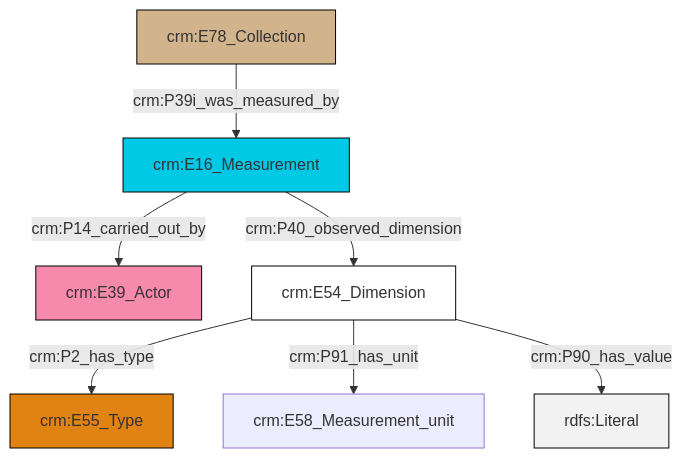
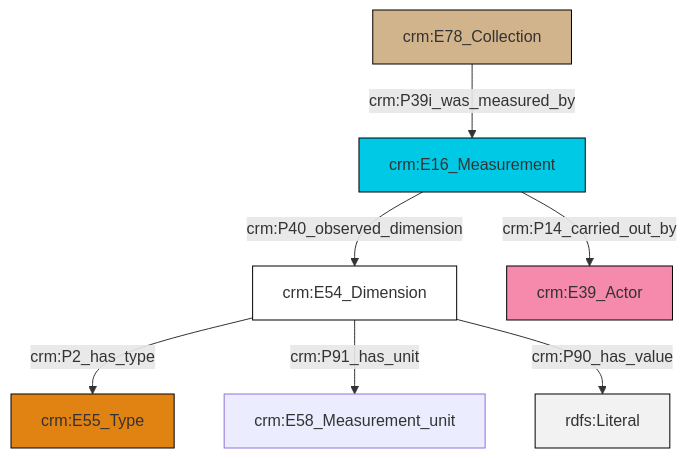
The diagram in et/archivalCSV/ttl/mmd/archival_substance.ttl.mmd (swiss-art-research-net/docs.swissartresearch), drawn with Mermaid before and after one commit. The commit also changed 204 other files, not shown here.

```diff
--- a/et/archivalCSV/ttl/mmd/archival_substance.ttl.mmd
+++ b/et/archivalCSV/ttl/mmd/archival_substance.ttl.mmd
@@ -1,21 +1,21 @@
 graph TD
 classDef Literal fill:#f2f2f2,stroke:#000000;
 classDef CRM_Entity fill:#FFFFFF,stroke:#000000;
 classDef Temporal_Entity fill:#00C9E6, stroke:#000000;
 classDef Type fill:#E18312, stroke:#000000;
 classDef Time-Span fill:#2C9C91, stroke:#000000;
 classDef Appellation fill:#FFEB7F, stroke:#000000;
 classDef Place fill:#008836, stroke:#000000;
 classDef Persistent_Item fill:#B266B2, stroke:#000000;
 classDef Conceptual_Object fill:#FFD700, stroke:#000000;
 classDef Physical_Thing fill:#D2B48C, stroke:#000000;
 classDef Actor fill:#f58aad, stroke:#000000;
 classDef PC_Classes fill:#4ce600, stroke:#000000;
 classDef Multi fill:#cccccc,stroke:#000000;
 
-0["crm:E16_Measurement"]:::Temporal_Entity -->|crm:P14_carried_out_by| 1["crm:E39_Actor"]:::Actor
-7["crm:E54_Dimension"]:::CRM_Entity -->|crm:P2_has_type| 5["crm:E55_Type"]:::Type
-7["crm:E54_Dimension"]:::CRM_Entity -->|crm:P91_has_unit| 8["crm:E58_Measurement_unit"]:::Default
-0["crm:E16_Measurement"]:::Temporal_Entity -->|crm:P40_observed_dimension| 7["crm:E54_Dimension"]:::CRM_Entity
-3["crm:E78_Collection"]:::Physical_Thing -->|crm:P39i_was_measured_by| 0["crm:E16_Measurement"]:::Temporal_Entity
-7["crm:E54_Dimension"]:::CRM_Entity -->|crm:P90_has_value| 11[rdfs:Literal]:::Literal
+0["crm:E54_Dimension"]:::CRM_Entity -->|crm:P2_has_type| 1["crm:E55_Type"]:::Type
+2["crm:E16_Measurement"]:::Temporal_Entity -->|crm:P14_carried_out_by| 3["crm:E39_Actor"]:::Actor
+0["crm:E54_Dimension"]:::CRM_Entity -->|crm:P91_has_unit| 4["crm:E58_Measurement_unit"]:::Default
+2["crm:E16_Measurement"]:::Temporal_Entity -->|crm:P40_observed_dimension| 0["crm:E54_Dimension"]:::CRM_Entity
+6["crm:E78_Collection"]:::Physical_Thing -->|crm:P39i_was_measured_by| 2["crm:E16_Measurement"]:::Temporal_Entity
+0["crm:E54_Dimension"]:::CRM_Entity -->|crm:P90_has_value| 7[rdfs:Literal]:::Literal
```
